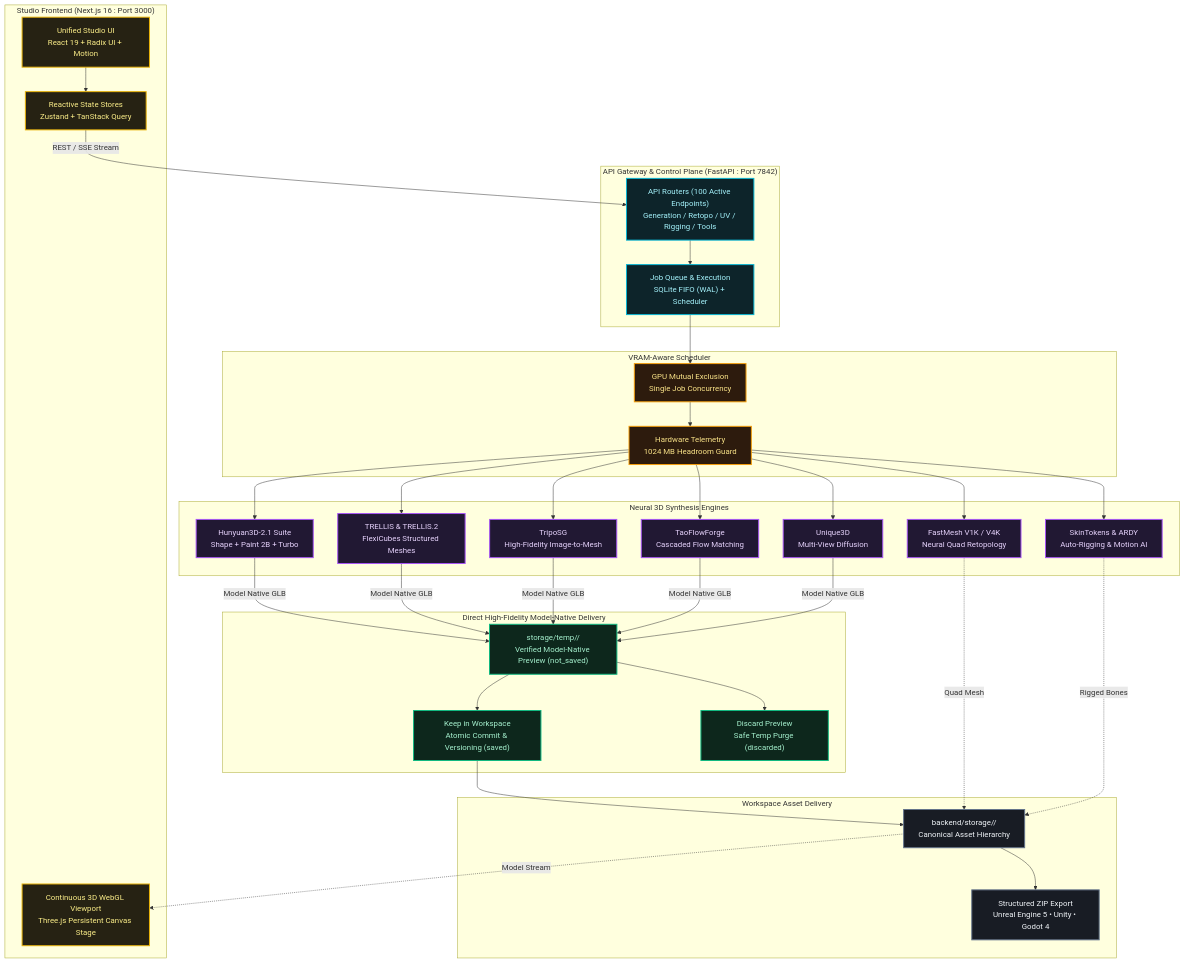
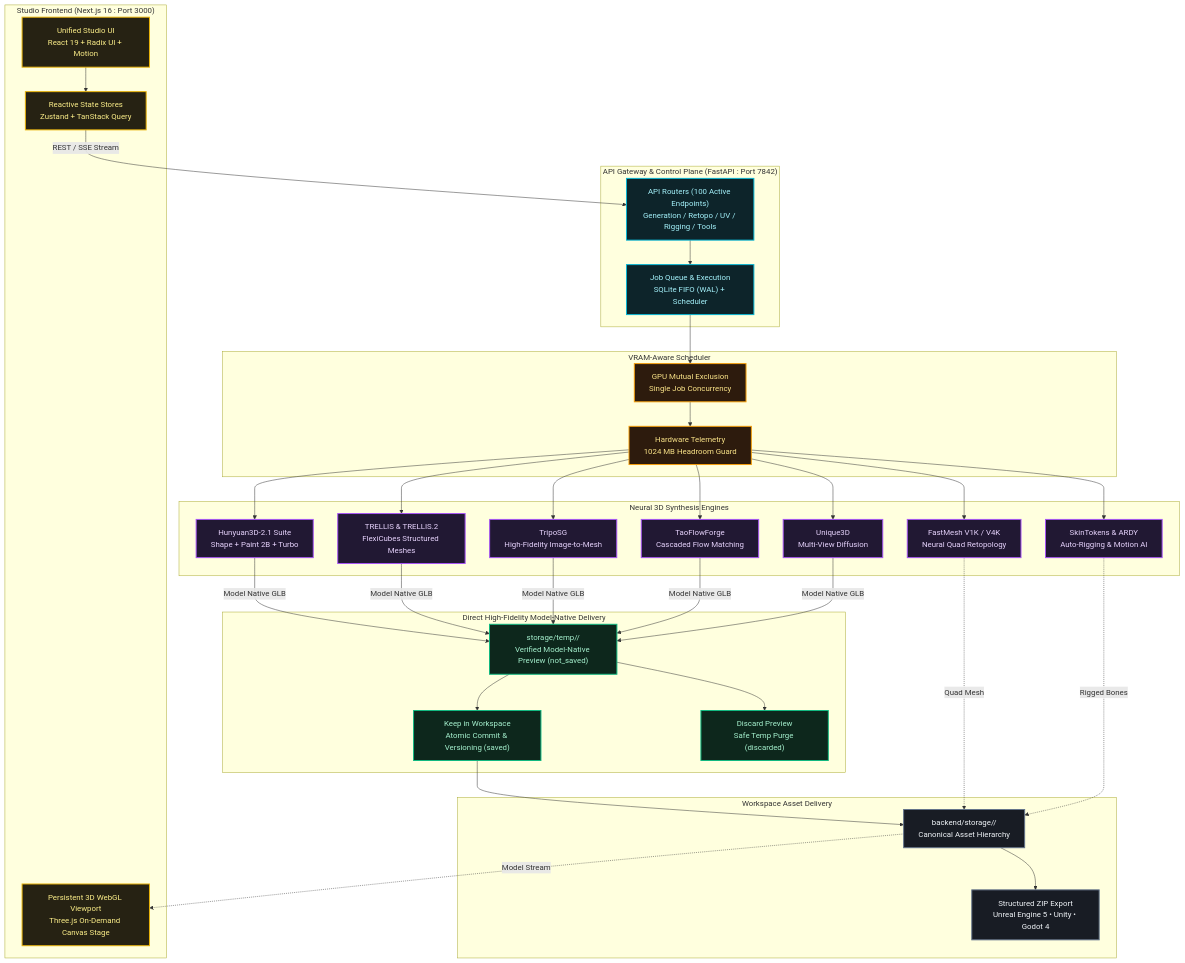
Before and after one commit to Silentzx2/ForMesh3D: the second of 3 diagrams in README.md, drawn with Mermaid. The commit also changed other lines of this file and 13 other files, not shown here.

````diff
--- a/README.md
+++ b/README.md
@@ -136,74 +136,74 @@
 ```mermaid
 flowchart TD
     %% Styling Definitions
     classDef gold fill:#262213,stroke:#eab308,stroke-width:2px,color:#fef08a;
     classDef cyan fill:#0d242a,stroke:#06b6d4,stroke-width:2px,color:#a5f3fc;
     classDef purple fill:#211833,stroke:#a855f7,stroke-width:2px,color:#e9d5ff;
     classDef green fill:#0d271c,stroke:#10b981,stroke-width:2px,color:#a7f3d0;
     classDef amber fill:#2d1b0d,stroke:#f59e0b,stroke-width:2px,color:#fde68a;
     classDef slate fill:#181c24,stroke:#64748b,stroke-width:2px,color:#f1f5f9;
 
     subgraph Client ["Studio Frontend (Next.js 16 : Port 3000)"]
         UI["Unified Studio UI<br/>React 19 + Radix UI + Motion"]:::gold
-        VIEWER["Continuous 3D WebGL Viewport<br/>Three.js Persistent Canvas Stage"]:::gold
+        VIEWER["Persistent 3D WebGL Viewport<br/>Three.js On-Demand Canvas Stage"]:::gold
         STORES["Reactive State Stores<br/>Zustand + TanStack Query"]:::gold
     end
 
     subgraph Gateway ["API Gateway & Control Plane (FastAPI : Port 7842)"]
         ROUTERS["API Routers (100 Active Endpoints)<br/>Generation / Retopo / UV / Rigging / Tools"]:::cyan
         QUEUE["Job Queue & Execution<br/>SQLite FIFO (WAL) + Scheduler"]:::cyan
     end
 
     subgraph Scheduler ["VRAM-Aware Scheduler"]
         GPU_LOCK["GPU Mutual Exclusion<br/>Single Job Concurrency"]:::amber
         MONITOR["Hardware Telemetry<br/>1024 MB Headroom Guard"]:::amber
     end
 
     subgraph Engines ["Neural 3D Synthesis Engines"]
         HUNYUAN["Hunyuan3D-2.1 Suite<br/>Shape + Paint 2B + Turbo"]:::purple
         TRELLIS["TRELLIS & TRELLIS.2<br/>FlexiCubes Structured Meshes"]:::purple
         TRIPO["TripoSG<br/>High-Fidelity Image-to-Mesh"]:::purple
         TAO["TaoFlowForge<br/>Cascaded Flow Matching"]:::purple
         RETOPO["FastMesh V1K / V4K<br/>Neural Quad Retopology"]:::purple
         RIGGING["SkinTokens & ARDY<br/>Auto-Rigging & Motion AI"]:::purple
         UNIQUE3D["Unique3D<br/>Multi-View Diffusion"]:::purple
     end
 
     subgraph DirectDelivery ["Direct High-Fidelity Model-Native Delivery"]
         PREVIEW["storage/temp/<operation_id>/<br/>Verified Model-Native Preview (not_saved)"]:::green
         KEEP["Keep in Workspace<br/>Atomic Commit & Versioning (saved)"]:::green
         DISCARD["Discard Preview<br/>Safe Temp Purge (discarded)"]:::green
     end
 
     subgraph Delivery ["Workspace Asset Delivery"]
         ASSET_STORE["backend/storage/<workspace_id>/<br/>Canonical Asset Hierarchy"]:::slate
         ZIP["Structured ZIP Export<br/>Unreal Engine 5 • Unity • Godot 4"]:::slate
     end
 
     UI --> STORES
     STORES -->|REST / SSE Stream| ROUTERS
     ROUTERS --> QUEUE
     QUEUE --> GPU_LOCK
     GPU_LOCK --> MONITOR
     MONITOR --> HUNYUAN
     MONITOR --> TRELLIS
     MONITOR --> TRIPO
     MONITOR --> TAO
     MONITOR --> RETOPO
     MONITOR --> RIGGING
     MONITOR --> UNIQUE3D
 
     HUNYUAN -->|Model Native GLB| PREVIEW
     TRELLIS -->|Model Native GLB| PREVIEW
     TRIPO -->|Model Native GLB| PREVIEW
     TAO -->|Model Native GLB| PREVIEW
     UNIQUE3D -->|Model Native GLB| PREVIEW
 
     PREVIEW --> KEEP
     PREVIEW --> DISCARD
     KEEP --> ASSET_STORE
     ASSET_STORE --> ZIP
     ASSET_STORE -.->|Model Stream| VIEWER
     RETOPO -.->|Quad Mesh| ASSET_STORE
     RIGGING -.->|Rigged Bones| ASSET_STORE
 ```
````
